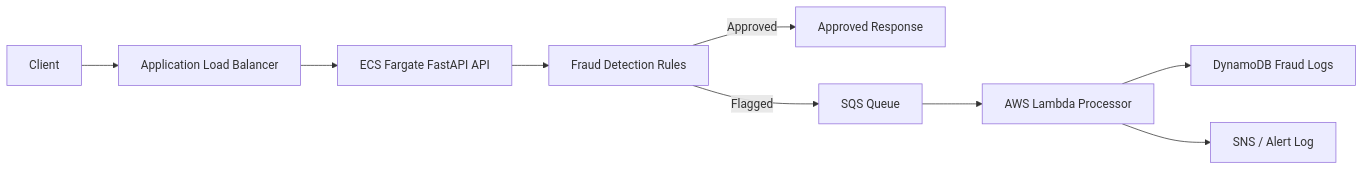
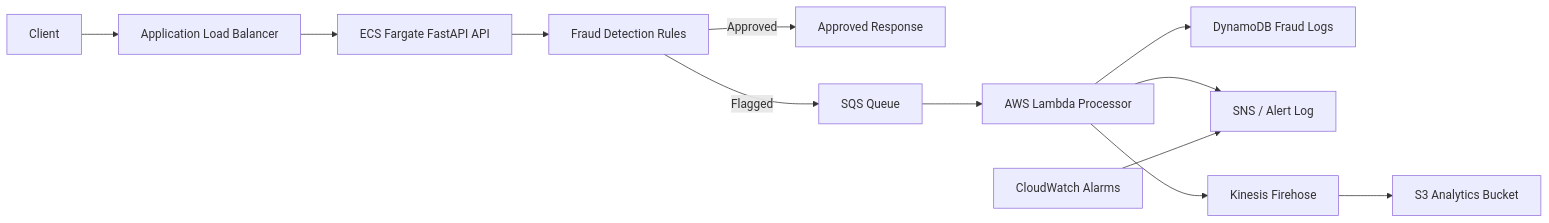
The diagram in README.md (ayogenthiran/banking-fraud-alert-system), drawn with Mermaid before and after one commit. The commit also changed other lines of this file and 17 other files, not shown here.

````diff
--- a/README.md
+++ b/README.md
@@ -29,11 +29,14 @@
 ```mermaid
 flowchart LR
     Client[Client] --> ALB[Application Load Balancer]
     ALB --> ECS[ECS Fargate FastAPI API]
     ECS --> Rules[Fraud Detection Rules]
     Rules -->|Approved| Approved[Approved Response]
     Rules -->|Flagged| SQS[SQS Queue]
     SQS --> Lambda[AWS Lambda Processor]
     Lambda --> DynamoDB[DynamoDB Fraud Logs]
     Lambda --> Alert[SNS / Alert Log]
+    Lambda --> Firehose[Kinesis Firehose]
+    Firehose --> S3[S3 Analytics Bucket]
+    CW[CloudWatch Alarms] --> Alert
 ```
````
